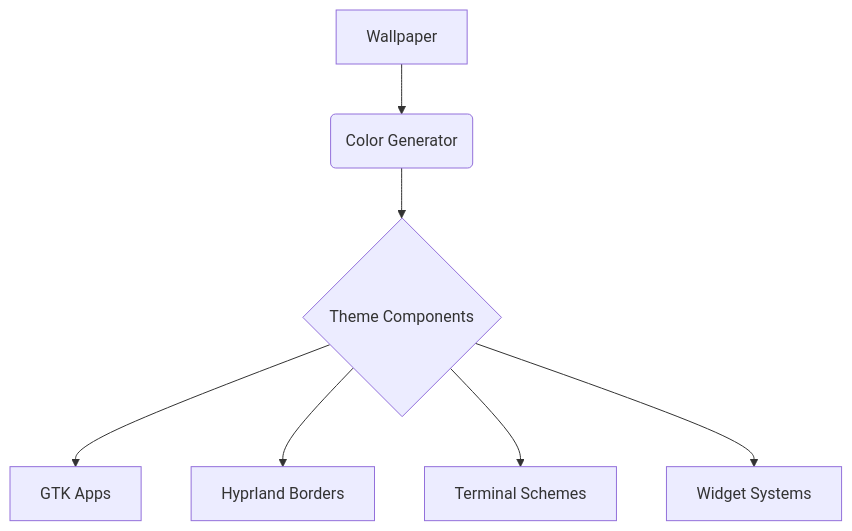
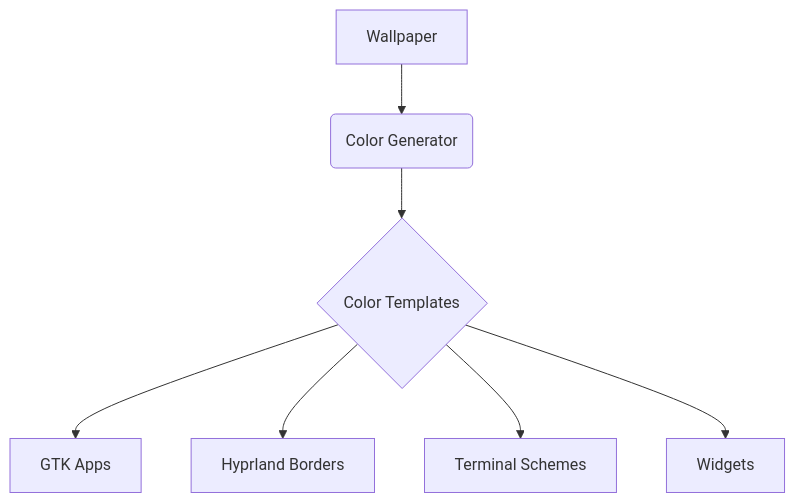
The diagram in Readme.md (BnSplits/Bn-Dotfiles), drawn with Mermaid before and after one commit. The commit also changed other lines of this file, not shown here.

````diff
--- a/Readme.md
+++ b/Readme.md
@@ -74,9 +67,9 @@
 ```mermaid
 graph TD
   A[Wallpaper] --> B(Color Generator)
-  B --> C{Theme Components}
+  B --> C{Color Templates}
   C --> D[GTK Apps]
   C --> E[Hyprland Borders]
   C --> F[Terminal Schemes]
-  C --> G[Widget Systems]
+  C --> G[Widgets]
 ```
````
